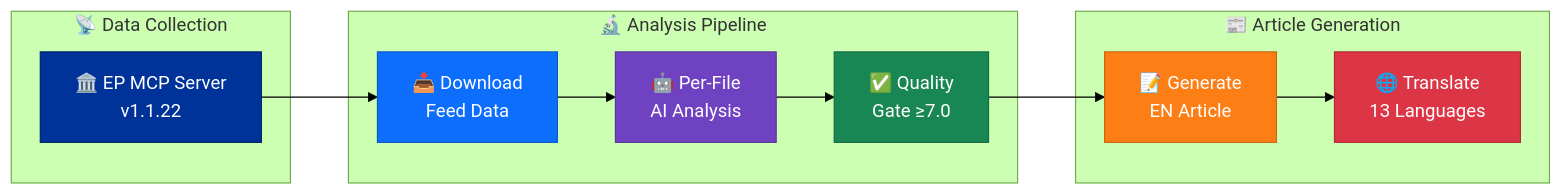
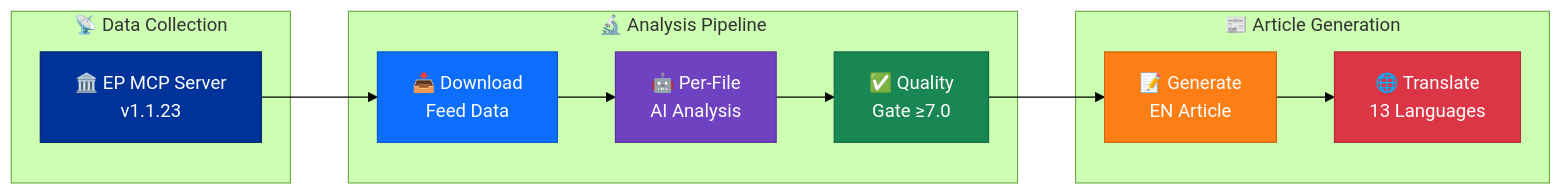
The first of 7 diagrams in docs/api/media/README-3.md (Hack23/euparliamentmonitor), drawn with Mermaid (forest theme) before and after one commit. The commit also changed other lines of this file and 31 other files, not shown here.

First line of the commit message:
chore: bump EP MCP server references to 1.1.23 across workflows and MCP config

````diff
--- a/docs/api/media/README-3.md
+++ b/docs/api/media/README-3.md
@@ -59,26 +59,26 @@
 ```mermaid
 flowchart LR
     subgraph "📡 Data Collection"
-        EP["🏛️ EP MCP Server\nv1.1.22"]
+        EP["🏛️ EP MCP Server\nv1.1.23"]
     end
 
     subgraph "🔬 Analysis Pipeline"
         DL["📥 Download\nFeed Data"]
         AI["🤖 Per-File\nAI Analysis"]
         QG["✅ Quality\nGate ≥7.0"]
     end
 
     subgraph "📰 Article Generation"
         GEN["📝 Generate\nEN Article"]
         TR["🌐 Translate\n13 Languages"]
     end
 
     EP --> DL --> AI --> QG --> GEN --> TR
 
     style EP fill:#003399,stroke:#002266,color:#fff
     style DL fill:#0d6efd,stroke:#0a58ca,color:#fff
     style AI fill:#6f42c1,stroke:#59359a,color:#fff
     style QG fill:#198754,stroke:#146c43,color:#fff
     style GEN fill:#fd7e14,stroke:#ca6510,color:#fff
     style TR fill:#dc3545,stroke:#b02a37,color:#fff
 ```
````
